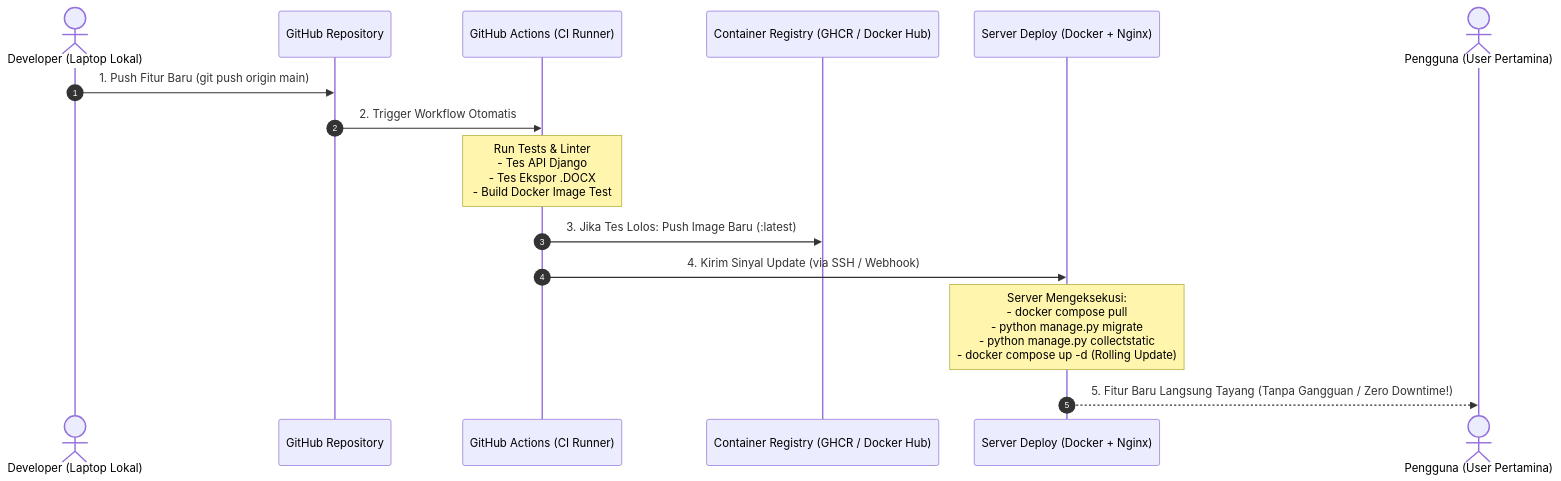
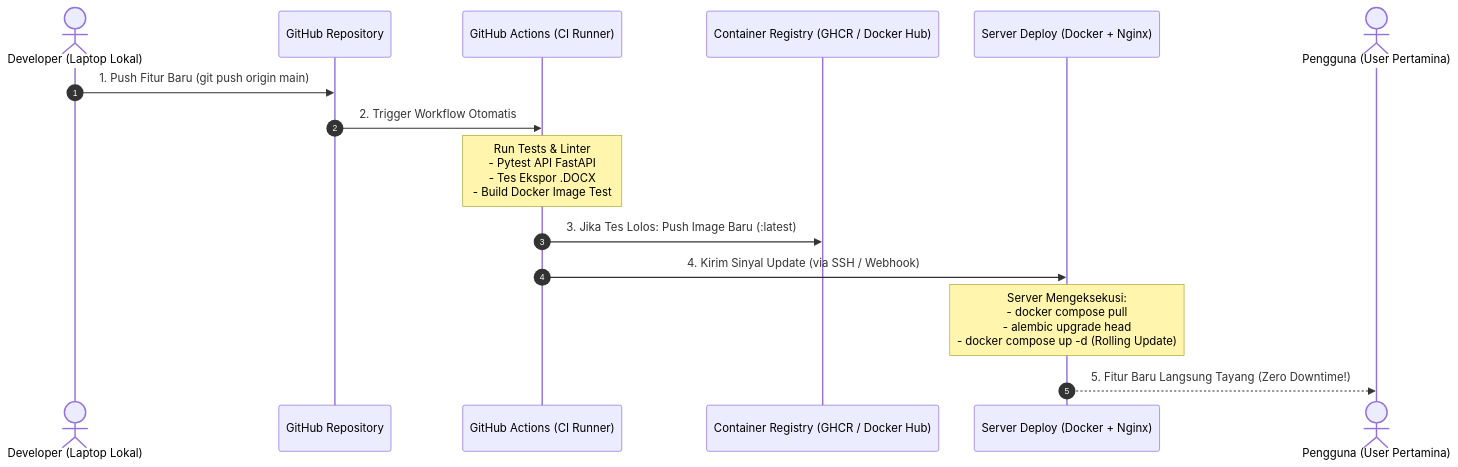
The third of 3 diagrams in draft_perencanaan_proyek_django.md (Flax9/Agenticv3), drawn with Mermaid before and after one commit. The commit also changed other lines of this file, not shown here.

Commit message:
refactor(plan): revise architecture to Option A (Decoupled Nginx + FastAPI ASGI + SQLAlchemy 2.0)

````diff
--- a/draft_perencanaan_proyek_django.md
+++ b/draft_perencanaan_proyek_django.md
@@ -484,18 +501,18 @@
 ```mermaid
 sequenceDiagram
     autonumber
     actor Dev as Developer (Laptop Lokal)
     participant Git as GitHub Repository
     participant CI as GitHub Actions (CI Runner)
     participant Reg as Container Registry (GHCR / Docker Hub)
     participant Server as Server Deploy (Docker + Nginx)
     actor User as Pengguna (User Pertamina)
 
     Dev->>Git: 1. Push Fitur Baru (git push origin main)
     Git->>CI: 2. Trigger Workflow Otomatis
-    Note over CI: Run Tests & Linter<br/>- Tes API Django<br/>- Tes Ekspor .DOCX<br/>- Build Docker Image Test
+    Note over CI: Run Tests & Linter<br/>- Pytest API FastAPI<br/>- Tes Ekspor .DOCX<br/>- Build Docker Image Test
     CI->>Reg: 3. Jika Tes Lolos: Push Image Baru (:latest)
     CI->>Server: 4. Kirim Sinyal Update (via SSH / Webhook)
-    Note over Server: Server Mengeksekusi:<br/>- docker compose pull<br/>- python manage.py migrate<br/>- python manage.py collectstatic<br/>- docker compose up -d (Rolling Update)
-    Server-->>User: 5. Fitur Baru Langsung Tayang (Tanpa Gangguan / Zero Downtime!)
+    Note over Server: Server Mengeksekusi:<br/>- docker compose pull<br/>- alembic upgrade head<br/>- docker compose up -d (Rolling Update)
+    Server-->>User: 5. Fitur Baru Langsung Tayang (Zero Downtime!)
 ```
````
